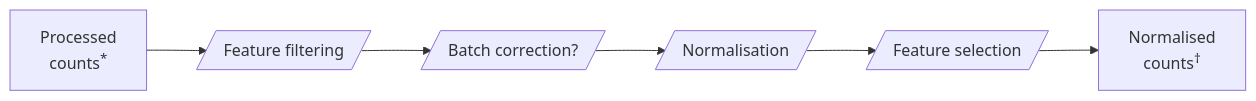
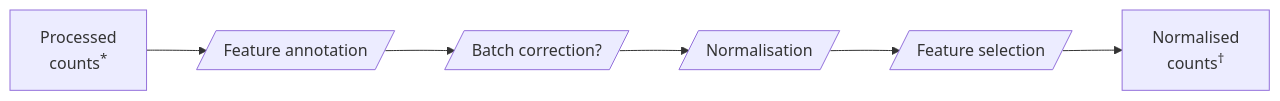
One commit to openpipelines-bio/website changed the eighth of 9 diagrams in architecture.qmd. Above: the diagram before and after it, drawn with Mermaid. The commit also changed other lines of this file, not shown here.

Commit message:
Expand concat to concatenation and rename feature filtering to feature annotation.

````diff
--- a/architecture.qmd
+++ b/architecture.qmd
@@ -231,15 +233,15 @@
 ```{mermaid}
 %%| label: fig-mspreproc
 %%| fig-cap: "Multi-sample processing pipeline.  \n`*`: Possible entry points.  \n`†`: Output file(s)"
 flowchart LR
 
   Processed["Processed\ncounts<sup>*</sup>"]
   Normalised["Normalised\ncounts<sup>†</sup>"]
 
-  Step1[/"Feature filtering"/]
+  Step1[/"Feature annotation"/]
   Step2[/"Batch correction?"/]
   Step3[/"Normalisation"/]
   Step4[/"Feature selection"/]
 
   Processed --> Step1 --> Step2 --> Step3 --> Step4 --> Normalised
 ```
````
